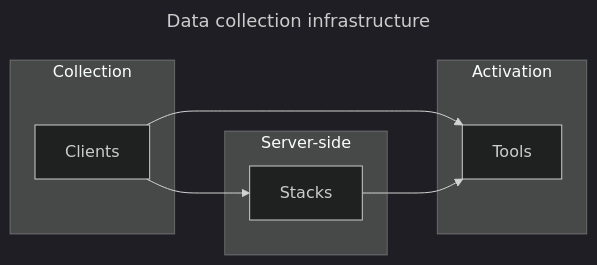
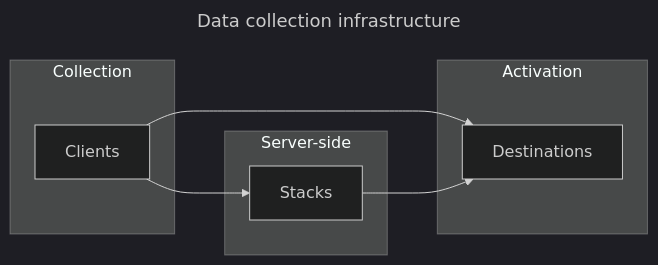
One commit to elbwalker/walkerOS changed the diagram in website/docs/walkeros/index.mdx. Above: the diagram before and after it, drawn with Mermaid (dark theme). The commit also changed other lines of this file and 5 other files, not shown here.

````diff
--- a/website/docs/walkeros/index.mdx
+++ b/website/docs/walkeros/index.mdx
@@ -43,18 +46,21 @@
 ```mermaid
 ---
 title: Data collection infrastructure
 ---
 flowchart LR
   subgraph Collection
     Clients
   end
   subgraph Server-side
     Stacks
   end
   subgraph Activation
-    Tools
+    Destinations
   end
-  Clients --> Tools
+  Clients --> Destinations
   Clients --> Stacks
-  Stacks --> Tools
+  Stacks --> Destinations
+  click Clients "/docs/clients"
+  click Stacks "/docs/stacks"
+  click Destinations "/docs/destinations"
 ```
````
